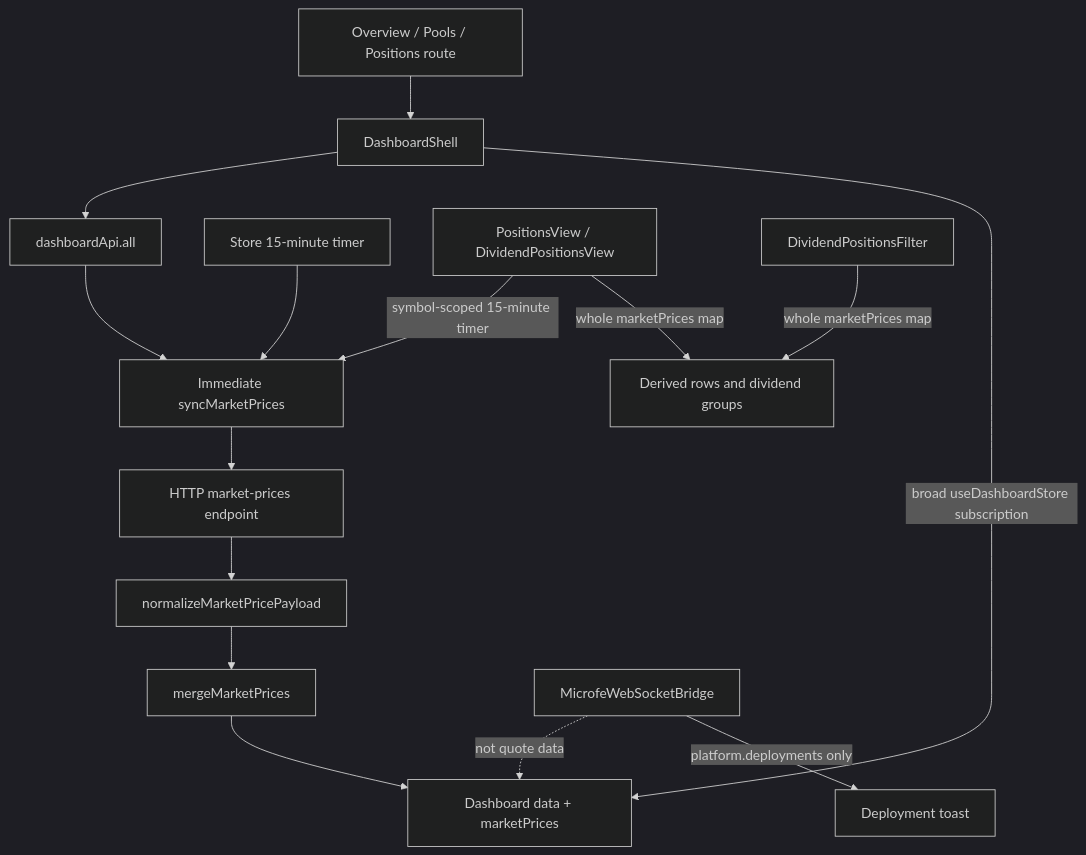
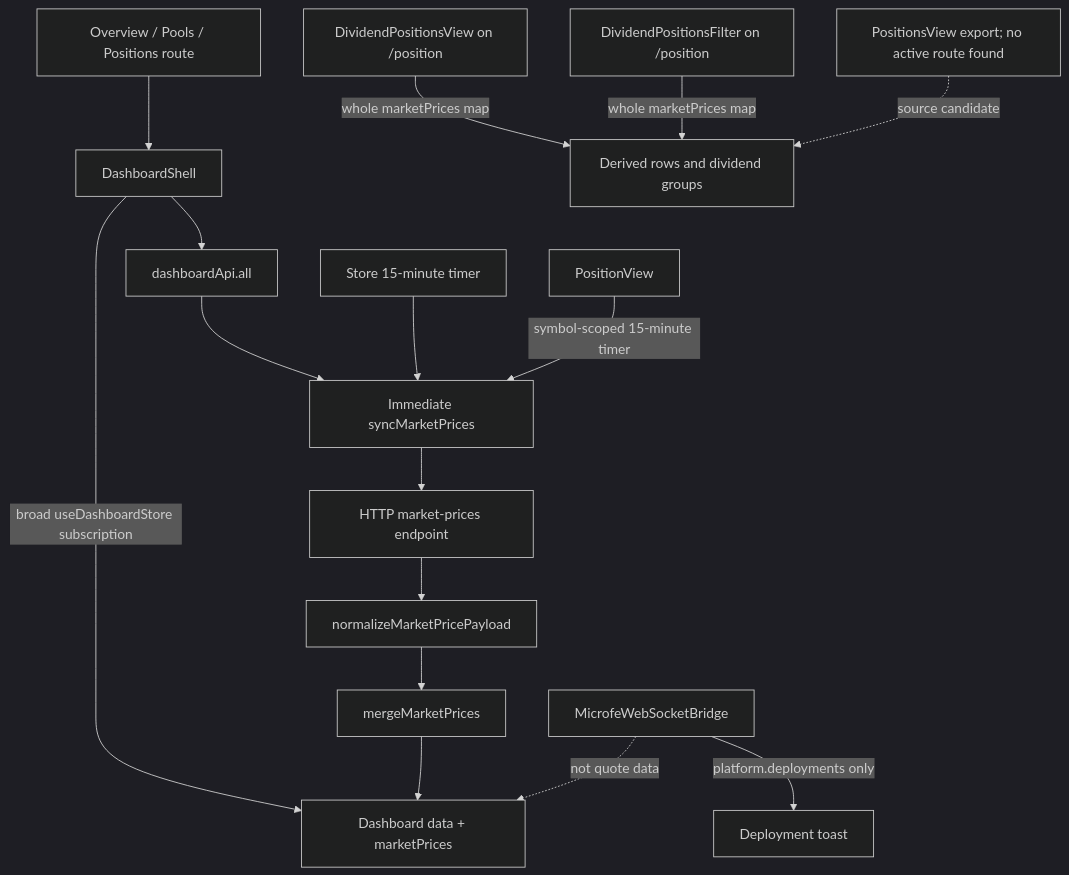
Before and after one commit to phanthienquoc/TCE-dashboard: the diagram in docs/learning/backlog/day13-performance-profiling-implementation-backlog.md, drawn with Mermaid (dark theme). The commit also changed other lines of this file, not shown here.

Commit message:
docs(perf): distinguish active and unmounted position views

````diff
--- a/docs/learning/backlog/day13-performance-profiling-implementation-backlog.md
+++ b/docs/learning/backlog/day13-performance-profiling-implementation-backlog.md
@@ -56,17 +56,18 @@
 ```mermaid
 flowchart TD
   Route[Overview / Pools / Positions route] --> Shell[DashboardShell]
   Shell -->|broad useDashboardStore subscription| Snapshot[Dashboard data + marketPrices]
   Shell --> Load[dashboardApi.all]
   Load --> Sync[Immediate syncMarketPrices]
   Timer[Store 15-minute timer] --> Sync
-  PositionView[PositionsView / DividendPositionsView] -->|whole marketPrices map| Derived[Derived rows and dividend groups]
-  PositionFilter[DividendPositionsFilter] -->|whole marketPrices map| Derived
+  DividendView[DividendPositionsView on /position] -->|whole marketPrices map| Derived[Derived rows and dividend groups]
+  PositionFilter[DividendPositionsFilter on /position] -->|whole marketPrices map| Derived
+  Unmounted[PositionsView export; no active route found] -. source candidate .-> Derived
   PositionView -->|symbol-scoped 15-minute timer| Sync
   Sync --> API[HTTP market-prices endpoint]
   API --> Validate[normalizeMarketPricePayload]
   Validate --> Merge[mergeMarketPrices]
   Merge --> Snapshot
   WS[MicrofeWebSocketBridge] -->|platform.deployments only| Toast[Deployment toast]
   WS -. not quote data .-> Snapshot
 ```
````
